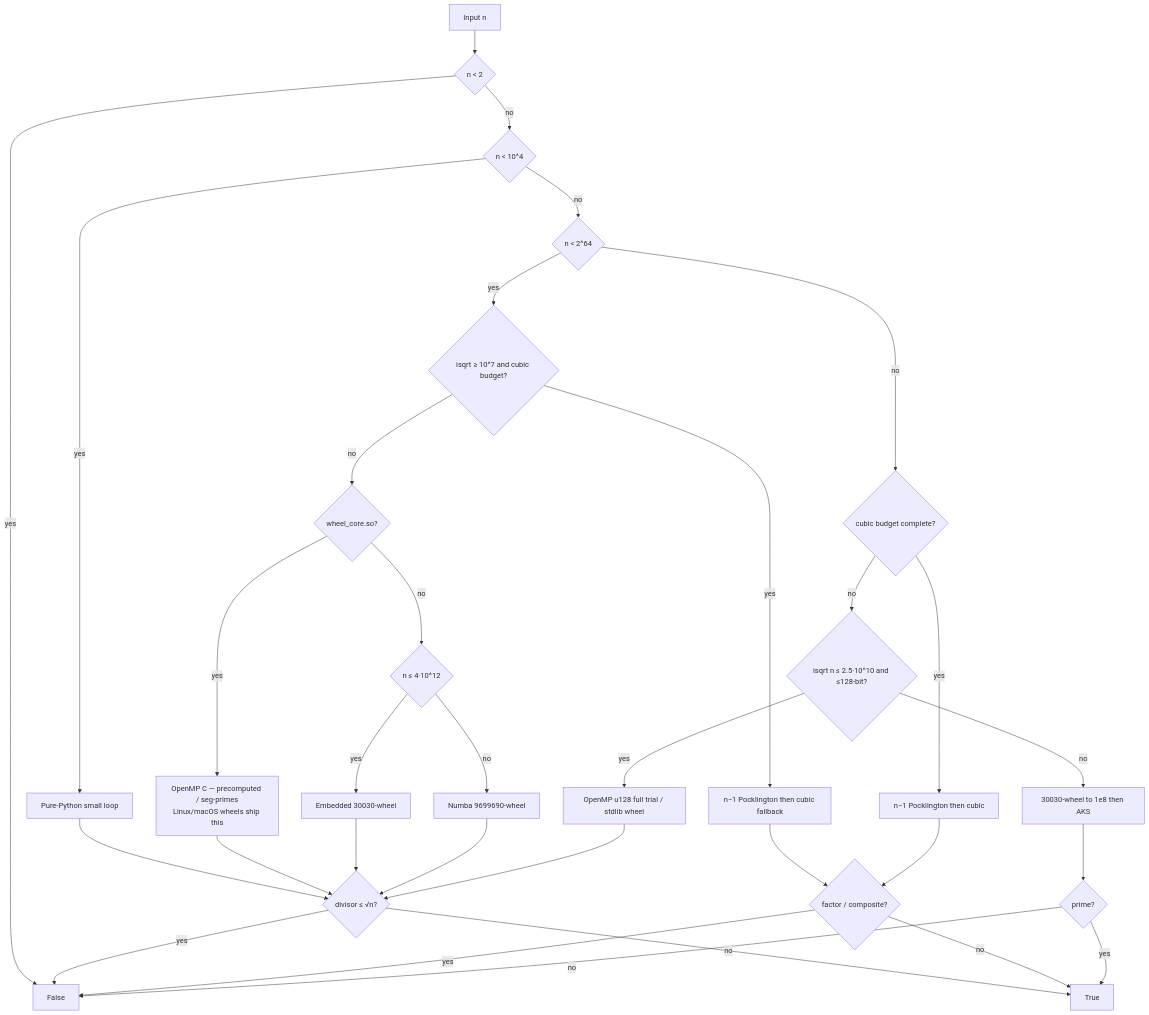
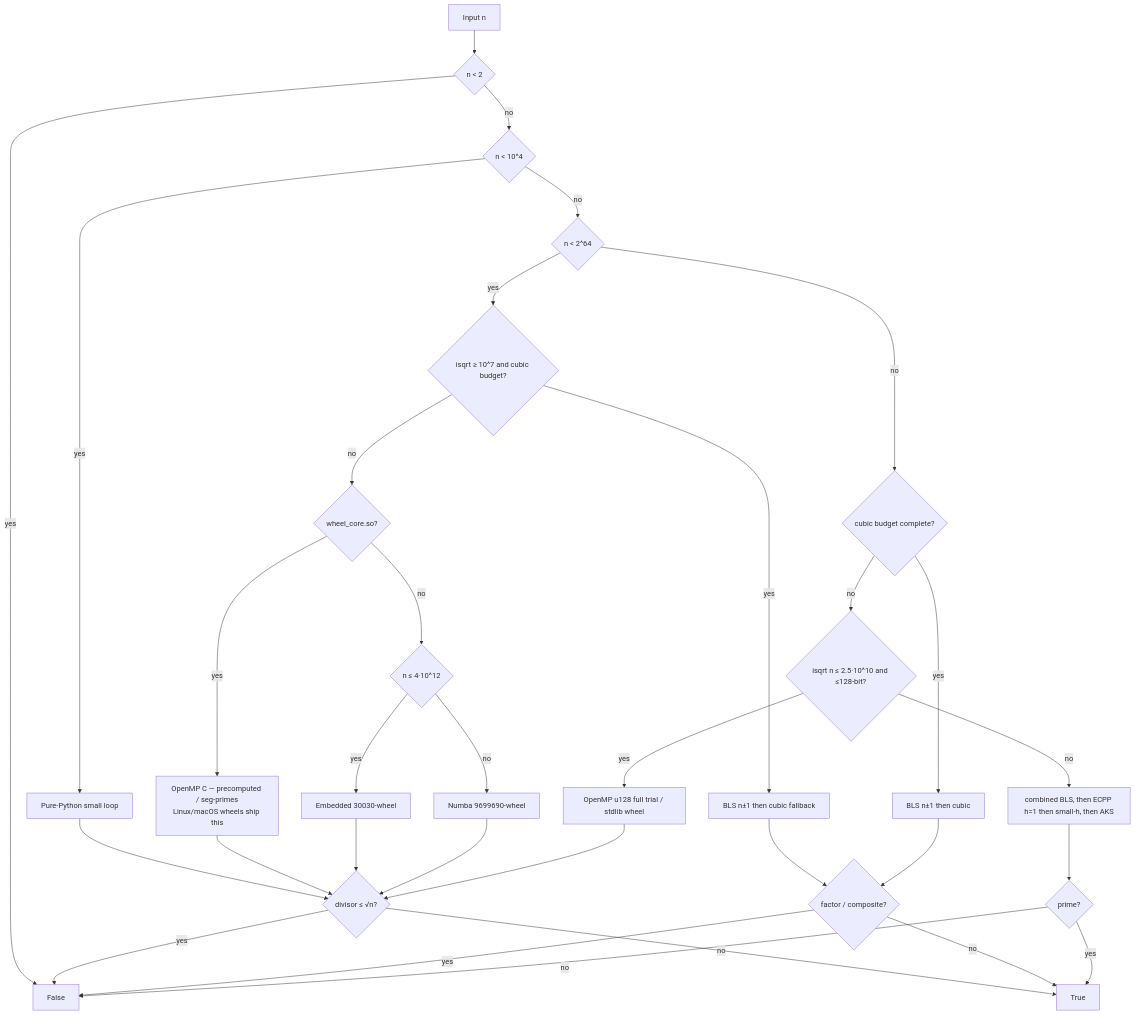
One commit to BurakAhmet/Best-Prime-Number-Function changed the diagram in docs/guide/engines.md. Above: the diagram before and after it, drawn with Mermaid. The commit also changed other lines of this file and 15 other files, not shown here.

First line of the commit message:
docs: huge-n BLS/ECPP ladder; restrictions + wiki sync

````diff
--- a/docs/guide/engines.md
+++ b/docs/guide/engines.md
@@ -24,34 +24,34 @@
 ```mermaid
 flowchart TD
   A[Input n] --> B{n < 2}
   B -->|yes| Z1[False]
   B -->|no| C{n < 10^4}
   C -->|yes| P1[Pure-Python small loop]
   C -->|no| D{n < 2^64}
   D -->|yes| E0{isqrt ≥ 10^7 and cubic budget?}
-  E0 -->|yes| P7[n−1 Pocklington then cubic fallback]
+  E0 -->|yes| P7[BLS n±1 then cubic fallback]
   P7 --> Z3
   E0 -->|no| E{wheel_core.so?}
   E -->|yes| P2[OpenMP C — precomputed / seg-primes<br/>Linux/macOS wheels ship this]
   E -->|no| F{n ≤ 4·10^12}
   F -->|yes| P3[Embedded 30030-wheel]
   F -->|no| P4[Numba 9699690-wheel]
   P1 --> G{divisor ≤ √n?}
   P2 --> G
   P3 --> G
   P4 --> G
   G -->|yes| Z1
   G -->|no| Z2[True]
   D -->|no| H0{cubic budget complete?}
-  H0 -->|yes| P6[n−1 Pocklington then cubic]
+  H0 -->|yes| P6[BLS n±1 then cubic]
   P6 --> Z3{factor / composite?}
   Z3 -->|yes| Z1
   Z3 -->|no| Z2
   H0 -->|no| H{isqrt n ≤ 2.5·10^10 and ≤128-bit?}
   H -->|yes| P5[OpenMP u128 full trial / stdlib wheel]
   P5 --> G
-  H -->|no| I[30030-wheel to 1e8 then AKS]
+  H -->|no| I[combined BLS, then ECPP h=1 then small-h, then AKS]
   I --> L{prime?}
   L -->|yes| Z2
   L -->|no| Z1
 ```
````
